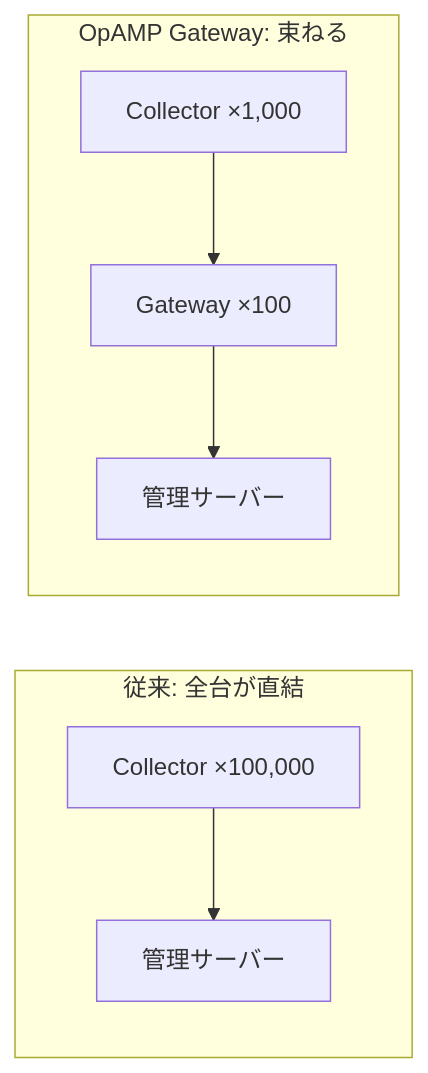
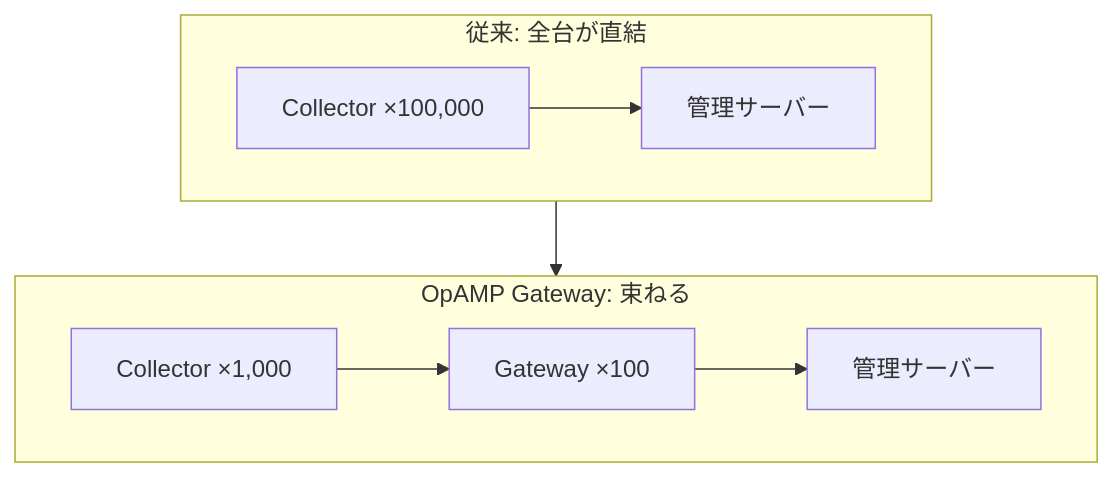
The second of 2 diagrams in docs/blog/posts/2026-07-14.md (newbee1939/knowledge-flow), drawn with Mermaid before and after one commit. The commit also changed 23 other files, not shown here.

First line of the commit message:
style: Mermaid 図を縦向きにして本文幅に収める

````diff
--- a/docs/blog/posts/2026-07-14.md
+++ b/docs/blog/posts/2026-07-14.md
@@ -65,10 +65,11 @@
 ```mermaid
-flowchart LR
+flowchart TD
     subgraph before["従来: 全台が直結"]
         C1[Collector ×100,000] --> M1[管理サーバー]
     end
     subgraph after["OpAMP Gateway: 束ねる"]
         C2[Collector ×1,000] --> G1[Gateway ×100]
         G1 --> M2[管理サーバー]
     end
+    before --> after
 ```
````
